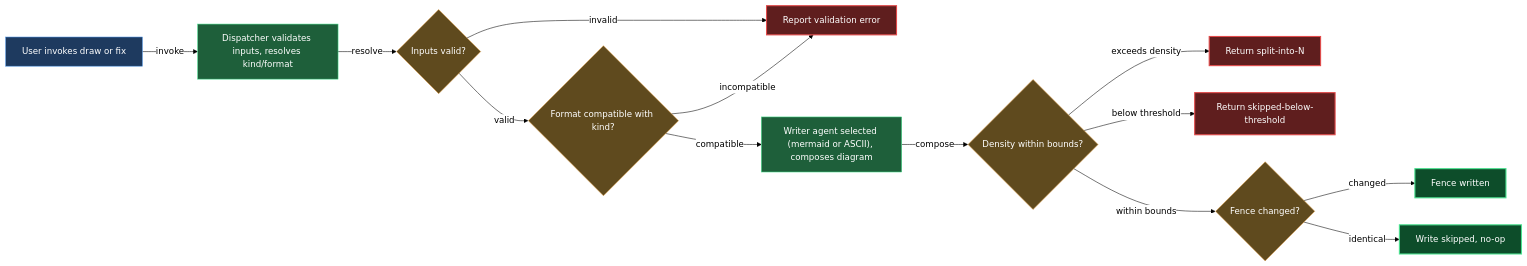
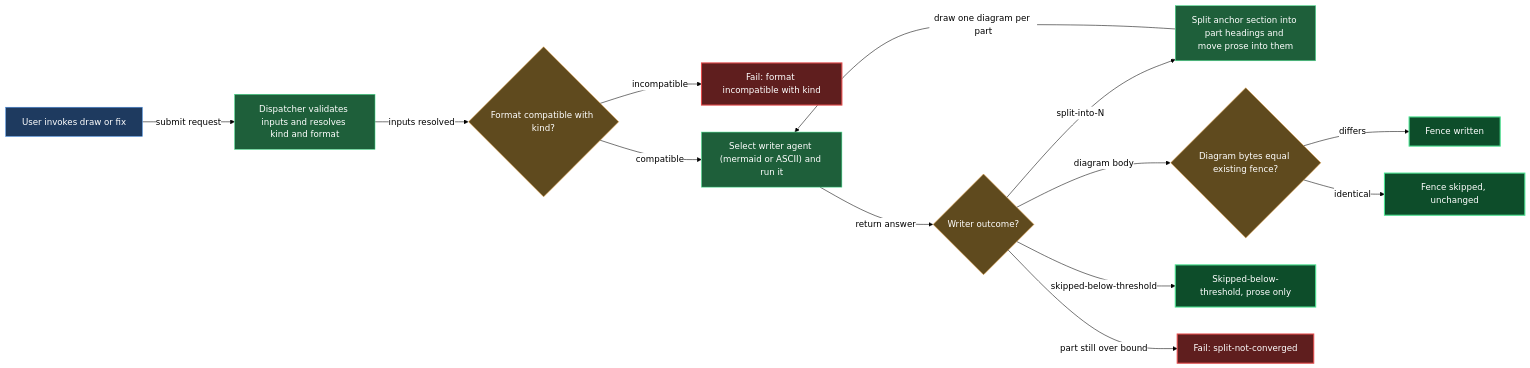
One commit to mebius-san/lazy-cortex changed the diagram in plugins/claude/lazycortex-diagram/help/drawing.md. Above: the diagram before and after it, drawn with Mermaid. The commit also changed other lines of this file and 67 other files, not shown here.

First line of the commit message:
release: lazycortex-core 12.0.2, lazycortex-diagram 2.1.0, lazycortex-experts 2.0.1, lazycortex-obsidian 7.0.1, lazycortex-python 4.15.1, lazycortex-review 6.16.1, lazycortex-specs 14.0.1, lazycortex-wiki 4.0.2

````diff
--- a/plugins/claude/lazycortex-diagram/help/drawing.md
+++ b/plugins/claude/lazycortex-diagram/help/drawing.md
@@ -77,48 +85,40 @@
 ```mermaid
 %%{init: {'themeVariables':{'background':'transparent','lineColor':'#000','textColor':'#000','edgeLabelBackground':'#fff'},'themeCSS':'.edgeLabel{background-color:transparent!important}.edgeLabel p{background-color:transparent!important}','flowchart':{'diagramPadding':5,'useMaxWidth':true}}}%%
 flowchart LR
   userInvokesDrawOrFix["User invokes draw or fix"]
-  dispatcherValidatesInputs["Dispatcher validates inputs, resolves kind/format"]
-  inputsValid{"Inputs valid?"}
+  validateResolve["Dispatcher validates inputs and resolves kind and format"]
   formatCompatible{"Format compatible with kind?"}
-  reportValidationError["Report validation error"]
-  writerAgentComposes["Writer agent selected (mermaid or ASCII), composes diagram"]
-  densityCheck{"Density within bounds?"}
-  splitIntoN["Return split-into-N"]
-  skippedBelowThreshold["Return skipped-below-threshold"]
-  byteCompare{"Fence changed?"}
-  writeFence["Fence written"]
-  skipWrite["Write skipped, no-op"]
+  formatRefused["Fail: format incompatible with kind"]
+  runWriter["Select writer agent (mermaid or ASCII) and run it"]
+  writerOutcome{"Writer outcome?"}
+  splitParts["Split anchor section into part headings and move prose into them"]
+  byteCompare{"Diagram bytes equal existing fence?"}
+  fenceWritten["Fence written"]
+  fenceSkipped["Fence skipped, unchanged"]
+  skippedBelow["Skipped-below-threshold, prose only"]
+  splitNotConverged["Fail: split-not-converged"]
 
-  userInvokesDrawOrFix -->|invoke| dispatcherValidatesInputs
-  dispatcherValidatesInputs -->|resolve| inputsValid
-  inputsValid -->|invalid| reportValidationError
-  inputsValid -->|valid| formatCompatible
-  formatCompatible -->|incompatible| reportValidationError
-  formatCompatible -->|compatible| writerAgentComposes
-  writerAgentComposes -->|compose| densityCheck
-  densityCheck -->|exceeds density| splitIntoN
-  densityCheck -->|below threshold| skippedBelowThreshold
-  densityCheck -->|within bounds| byteCompare
-  byteCompare -->|changed| writeFence
-  byteCompare -->|identical| skipWrite
+  userInvokesDrawOrFix -->|submit request| validateResolve
+  validateResolve -->|inputs resolved| formatCompatible
+  formatCompatible -->|incompatible| formatRefused
+  formatCompatible -->|compatible| runWriter
+  runWriter -->|return answer| writerOutcome
+  writerOutcome -->|diagram body| byteCompare
+  writerOutcome -->|skipped-below-threshold| skippedBelow
+  writerOutcome -->|split-into-N| splitParts
+  writerOutcome -->|part still over bound| splitNotConverged
+  splitParts -->|draw one diagram per part| runWriter
+  byteCompare -->|differs| fenceWritten
+  byteCompare -->|identical| fenceSkipped
 
   classDef entry fill:#1e3a5f,stroke:#4a90e2,color:#fff
   classDef guard fill:#5f4a1e,stroke:#e2a14a,color:#fff
   classDef action fill:#1e5f3a,stroke:#4ae290,color:#fff
   classDef success fill:#0d4d2a,stroke:#4ae290,color:#fff,stroke-width:2px
   classDef error fill:#5f1e1e,stroke:#e24a4a,color:#fff,stroke-width:2px
-
   class userInvokesDrawOrFix entry
-  class dispatcherValidatesInputs action
-  class inputsValid guard
-  class formatCompatible guard
-  class reportValidationError error
-  class writerAgentComposes action
-  class densityCheck guard
-  class splitIntoN error
-  class skippedBelowThreshold error
-  class byteCompare guard
-  class writeFence success
-  class skipWrite success
+  class formatCompatible,writerOutcome,byteCompare guard
+  class validateResolve,runWriter,splitParts action
+  class fenceWritten,fenceSkipped,skippedBelow success
+  class formatRefused,splitNotConverged error
 ```
````
